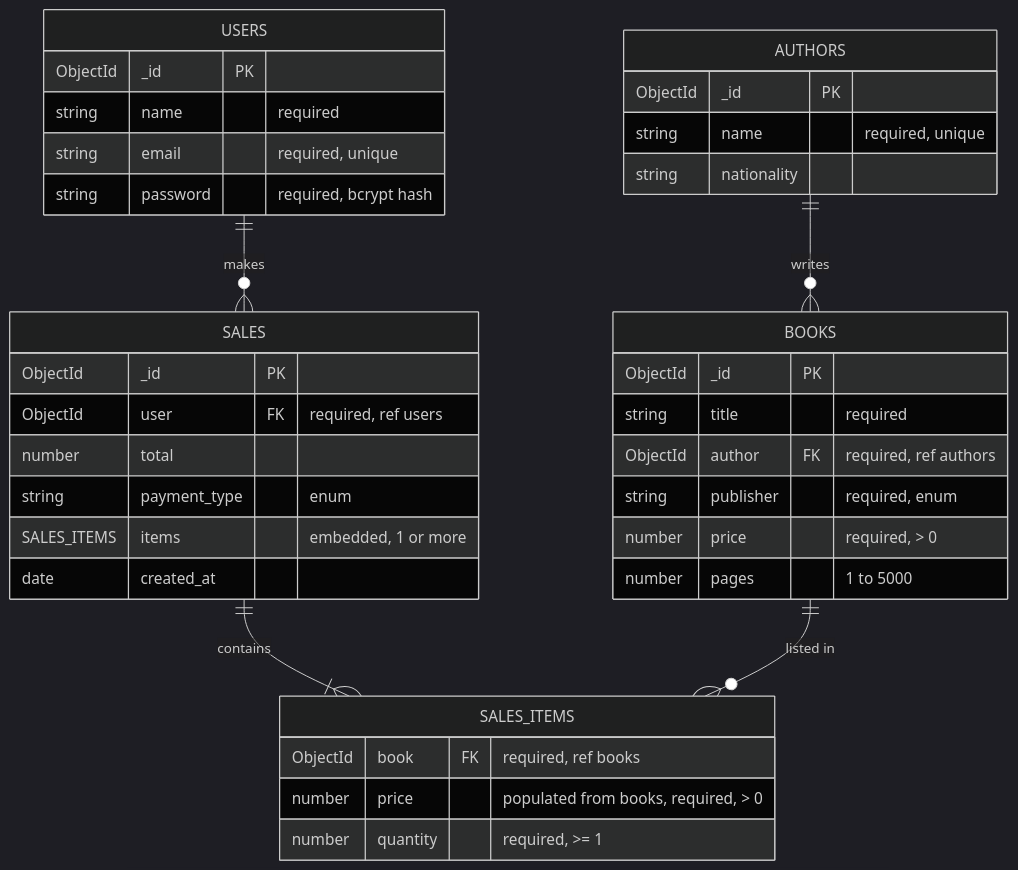
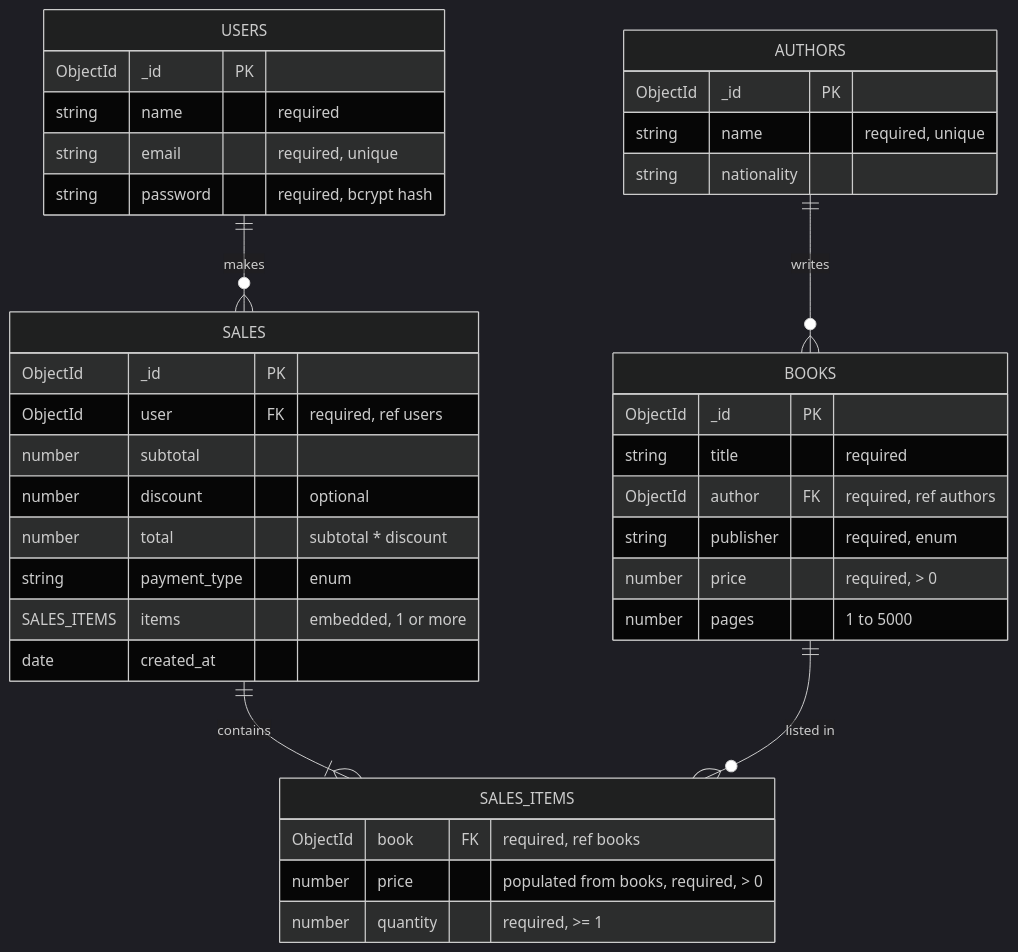
The diagram in README.md (kenjimattos/express-mongo-api), drawn with Mermaid (dark theme) before and after one commit. The commit also changed other lines of this file and 3 other files, not shown here.

````diff
--- a/README.md
+++ b/README.md
@@ -9,44 +9,46 @@
 ```mermaid
 erDiagram
     AUTHORS ||--o{ BOOKS : "writes"
     USERS ||--o{ SALES : "makes"
     SALES ||--|{ SALES_ITEMS : "contains"
     BOOKS ||--o{ SALES_ITEMS : "listed in"
 
     AUTHORS {
         ObjectId _id PK
         string name "required, unique"
         string nationality
     }
 
     BOOKS {
         ObjectId _id PK
         string title "required"
         ObjectId author FK "required, ref authors"
         string publisher "required, enum"
         number price "required, > 0"
         number pages "1 to 5000"
     }
 
     USERS {
         ObjectId _id PK
         string name "required"
         string email "required, unique"
         string password "required, bcrypt hash"
     }
 
     SALES {
         ObjectId _id PK
         ObjectId user FK "required, ref users"
-        number total
+        number subtotal
+        number discount "optional"
+        number total "subtotal * discount"
         string payment_type "enum"
         SALES_ITEMS items "embedded, 1 or more"
         date created_at
     }
 
     SALES_ITEMS {
       ObjectId book FK "required, ref books"
       number price "populated from books, required, > 0"
       number quantity "required, >= 1"
     }
 ```
````
